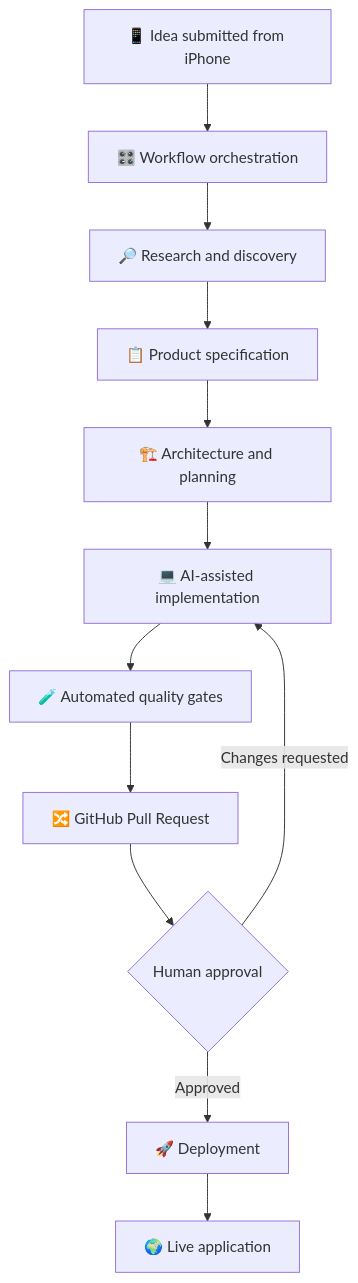
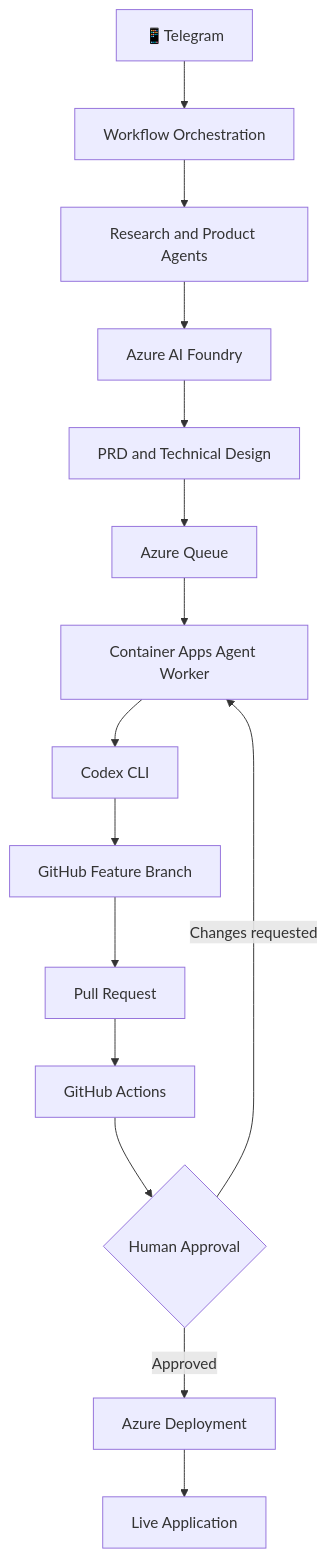
One commit to alexandruPescaru/personal-ai-builder-lab changed the diagram in README.md. Above: the diagram before and after it, drawn with Mermaid. The commit also changed other lines of this file, not shown here.

````diff
--- a/README.md
+++ b/README.md
@@ -37,14 +35,17 @@
 ```mermaid
 flowchart TD
-    A["📱 Idea submitted from iPhone"] --> B["🎛️ Workflow orchestration"]
-    B --> C["🔎 Research and discovery"]
-    C --> D["📋 Product specification"]
-    D --> E["🏗️ Architecture and planning"]
-    E --> F["💻 AI-assisted implementation"]
-    F --> G["🧪 Automated quality gates"]
-    G --> H["🔀 GitHub Pull Request"]
-    H --> I{"Human approval"}
-    I -->|Changes requested| F
-    I -->|Approved| J["🚀 Deployment"]
-    J --> K["🌍 Live application"]
+    A["📱Telegram"] --> B["Workflow Orchestration"]
+    B --> C["Research and Product Agents"]
+    C --> D["Azure AI Foundry"]
+    D --> E["PRD and Technical Design"]
+    E --> F["Azure Queue"]
+    F --> G["Container Apps Agent Worker"]
+    G --> H["Codex CLI"]
+    H --> I["GitHub Feature Branch"]
+    I --> J["Pull Request"]
+    J --> K["GitHub Actions"]
+    K --> L{"Human Approval"}
+    L -->|Changes requested| G
+    L -->|Approved| M["Azure Deployment"]
+    M --> N["Live Application"]
 ```
````
